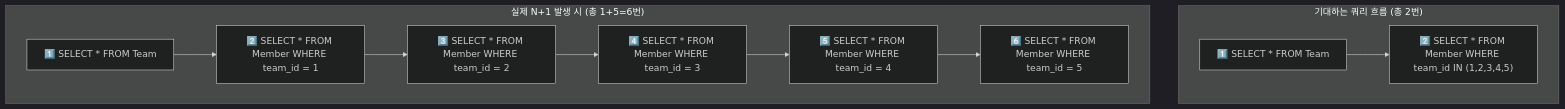
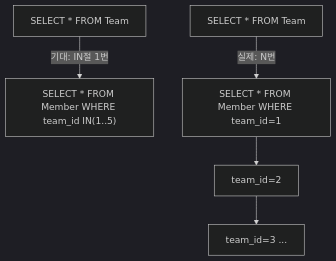
The first of 6 diagrams in _posts/jpa/2026-05-01-jpa-n-plus-1.md (yjkim2015/yjkim2015.github.io), drawn with Mermaid (dark theme) before and after one commit. The commit also changed other lines of this file and 215 other files, not shown here.

First line of the commit message:
신규 포스트 10개 추가 + Mermaid 전면 축소 + SystemDesign 시리즈 보강

````diff
--- a/_posts/jpa/2026-05-01-jpa-n-plus-1.md
+++ b/_posts/jpa/2026-05-01-jpa-n-plus-1.md
@@ -21,17 +21,6 @@
 ```mermaid
 graph TD
-    subgraph EXPECT["기대하는 쿼리 흐름 (총 2번)"]
-        Q1["1️⃣ SELECT * FROM Team"]
-        Q2["2️⃣ SELECT * FROM Member WHERE team_id IN (1,2,3,4,5)"]
-        Q1 --> Q2
-    end
-    subgraph ACTUAL["실제 N+1 발생 시 (총 1+5=6번)"]
-        R1["1️⃣ SELECT * FROM Team"]
-        R2["2️⃣ SELECT * FROM Member WHERE team_id = 1"]
-        R3["3️⃣ SELECT * FROM Member WHERE team_id = 2"]
-        R4["4️⃣ SELECT * FROM Member WHERE team_id = 3"]
-        R5["5️⃣ SELECT * FROM Member WHERE team_id = 4"]
-        R6["6️⃣ SELECT * FROM Member WHERE team_id = 5"]
-        R1 --> R2 --> R3 --> R4 --> R5 --> R6
-    end
+    Q1["SELECT * FROM Team"] -->|"기대: IN절 1번"| Q2["SELECT * FROM Member WHERE team_id IN(1..5)"]
+    R1["SELECT * FROM Team"] -->|"실제: N번"| R2["SELECT * FROM Member WHERE team_id=1"]
+    R2 --> R3["team_id=2"] --> R4["team_id=3 ..."]
 ```
````
